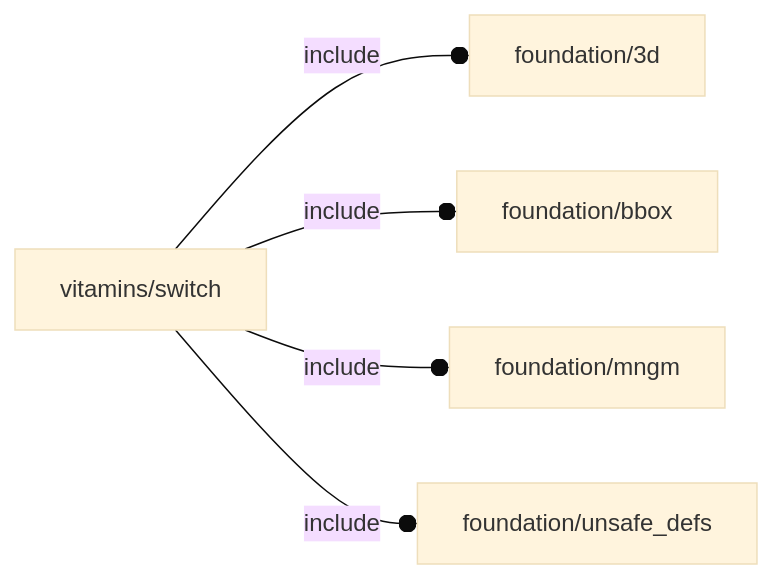
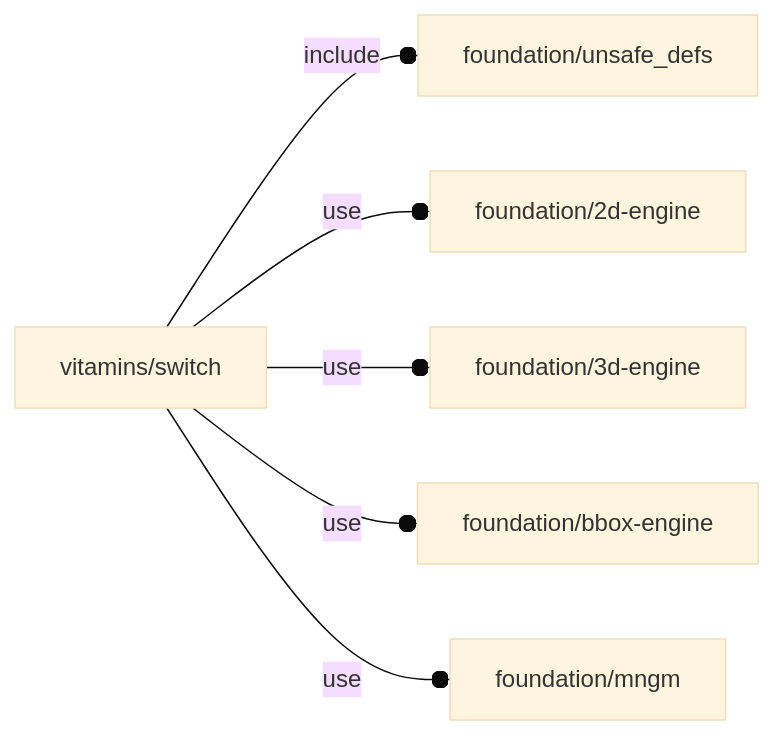
The diagram in orthodocs/vitamins/switch.md (ggabbiani/OFL), drawn with Mermaid (base theme) before and after one commit. The commit also changed other lines of this file and 74 other files, not shown here.

````diff
--- a/orthodocs/vitamins/switch.md
+++ b/orthodocs/vitamins/switch.md
@@ -5,7 +5,8 @@
 ```mermaid
 graph LR
-    A1[vitamins/switch] --o|include| A2[foundation/3d]
-    A1 --o|include| A3[foundation/bbox]
-    A1 --o|include| A4[foundation/mngm]
-    A1 --o|include| A5[foundation/unsafe_defs]
+    A1[vitamins/switch] --o|include| A2[foundation/unsafe_defs]
+    A1 --o|use| A3[foundation/2d-engine]
+    A1 --o|use| A4[foundation/3d-engine]
+    A1 --o|use| A5[foundation/bbox-engine]
+    A1 --o|use| A6[foundation/mngm]
 ```
````
